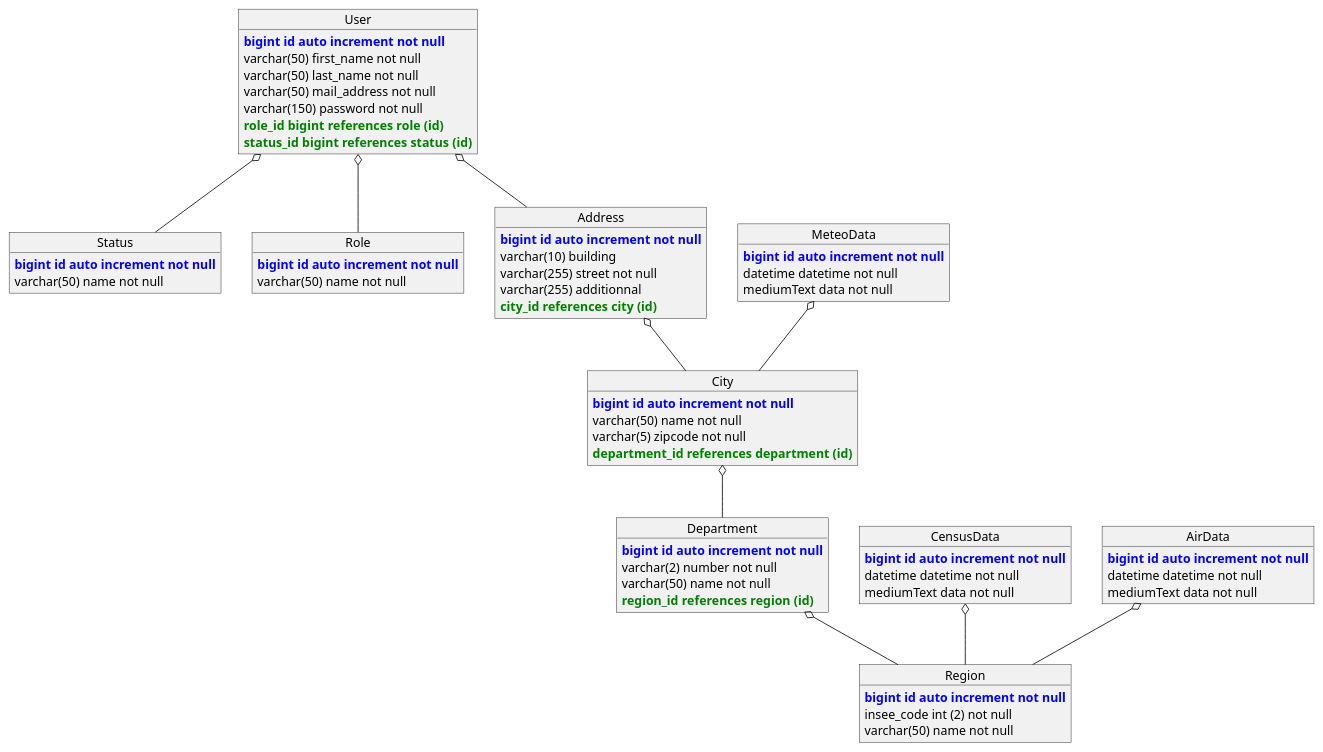
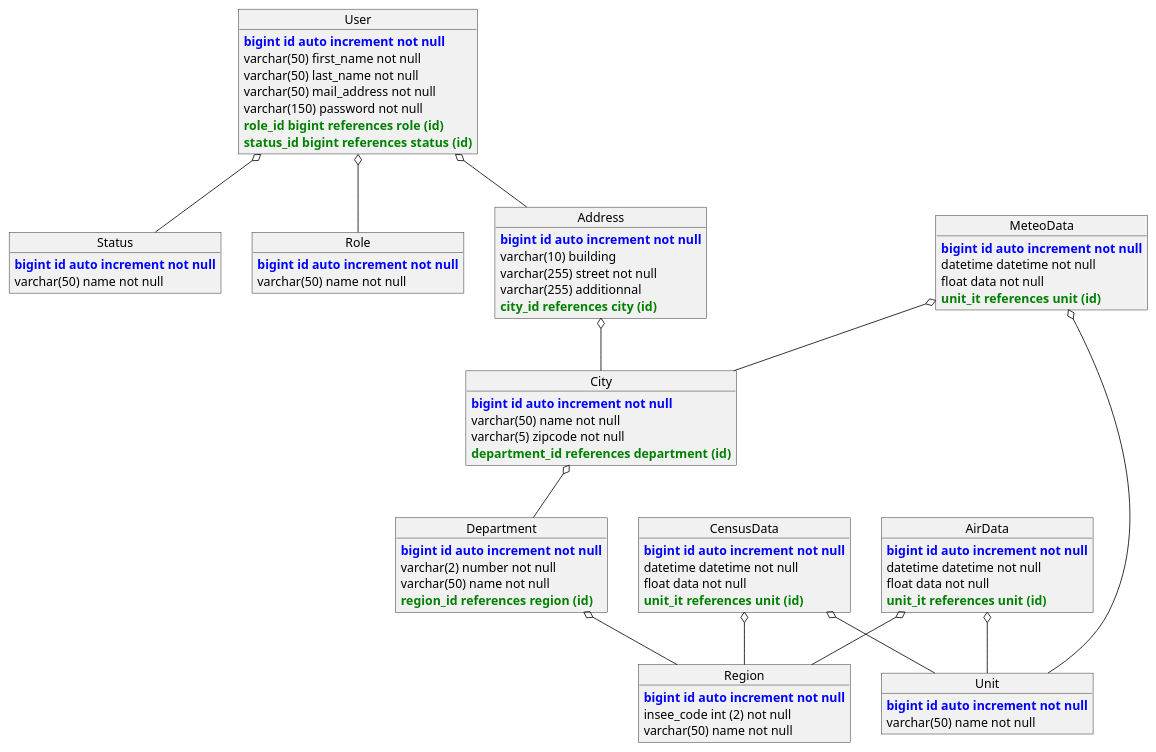
Before and after one commit to AirShareCorporation/TPMeteo: the diagram in mpd.puml, drawn with PlantUML. The commit also changed 1 other file, not shown here.

Commit message:
mpd et diagramme de classe ajout des datas + unites

```diff
--- a/mpd.puml
+++ b/mpd.puml
@@ -1,76 +1,86 @@
 @startuml
 
 object Status {
     <font color=blue><b>bigint id auto increment not null
     varchar(50) name not null
 }
 
 object User{
     <font color=blue><b>bigint id auto increment not null
     varchar(50) first_name not null
     varchar(50) last_name not null
     varchar(50) mail_address not null
     varchar(150) password not null
     <font color=green><b>role_id bigint references role (id)
     <font color=green><b>status_id bigint references status (id)
 }
 
 object Role {
+    <font color=blue><b>bigint id auto increment not null
+    varchar(50) name not null
+}
+object Unit {
     <font color=blue><b>bigint id auto increment not null
     varchar(50) name not null
 }
 
 object Address{
     <font color=blue><b>bigint id auto increment not null
     varchar(10) building
     varchar(255) street not null
     varchar(255) additionnal
     <font color=green><b>city_id references city (id)
 }
 
 object City{
     <font color=blue><b>bigint id auto increment not null
     varchar(50) name not null
     varchar(5) zipcode not null
     <font color=green><b>department_id references department (id)
 }
 
 object Department{
     <font color=blue><b>bigint id auto increment not null
     varchar(2) number not null
     varchar(50) name not null
     <font color=green><b>region_id references region (id)
 }
 
 object Region{
     <font color=blue><b>bigint id auto increment not null
     insee_code int (2) not null
     varchar(50) name not null
 }
 
 object CensusData{
     <font color=blue><b>bigint id auto increment not null
     datetime datetime not null
-    mediumText data not null
+    float data not null
+    <font color=green><b>unit_it references unit (id)
 }
 object AirData{
     <font color=blue><b>bigint id auto increment not null
     datetime datetime not null
-    mediumText data not null
+    float data not null
+    <font color=green><b>unit_it references unit (id)
 }
 object MeteoData{
     <font color=blue><b>bigint id auto increment not null
     datetime datetime not null
-    mediumText data not null
+    float data not null
+    <font color=green><b>unit_it references unit (id)
 }
 
 User o-- Status
 User o-- Role
 Address o-- City
 User o-- Address
 City o-- Department
 Department o-- Region
 MeteoData o-- City
 CensusData o-- Region
 AirData o-- Region
+AirData o-- Unit
+MeteoData o-- Unit
+CensusData o-- Unit
 @enduml
```
